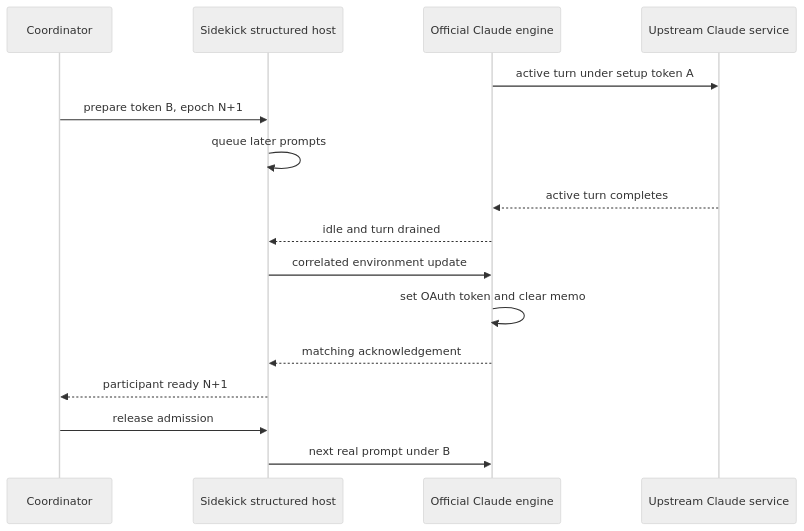
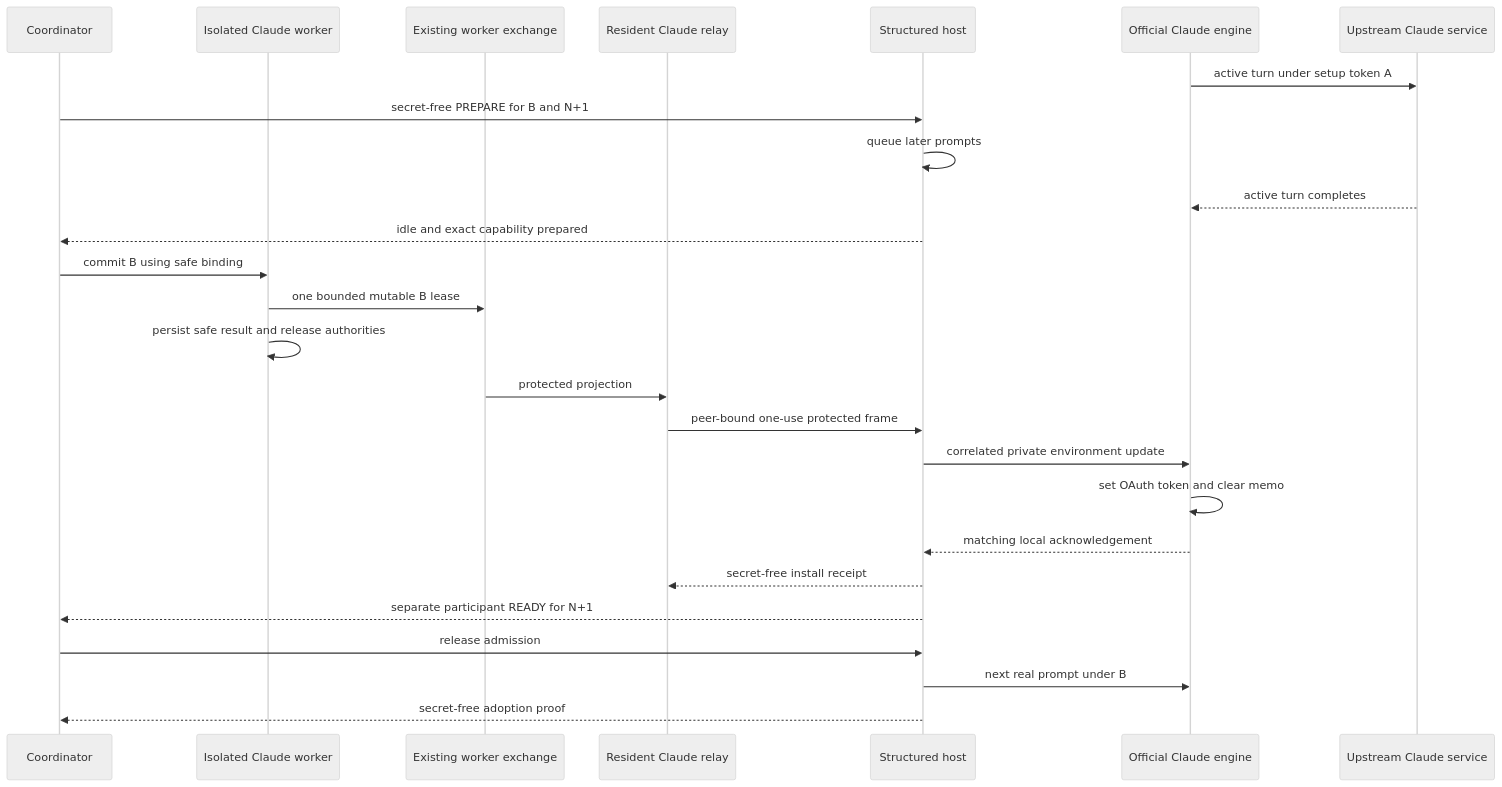
Before and after one commit to Sawmonabo/sidekick-usages: the ninth of 12 diagrams in docs/superpowers/specs/2026-08-01-hardened-global-account-selection-design.md, drawn with Mermaid (neutral theme). The commit also changed other lines of this file and 1 other file, not shown here.

Commit message:
docs(selection): gate Claude setup switching

````diff
--- a/docs/superpowers/specs/2026-08-01-hardened-global-account-selection-design.md
+++ b/docs/superpowers/specs/2026-08-01-hardened-global-account-selection-design.md
@@ -1323,19 +1373,29 @@
 ```mermaid
 sequenceDiagram
     participant C as Coordinator
-    participant H as Sidekick structured host
+    participant W as Isolated Claude worker
+    participant X as Existing worker exchange
+    participant R as Resident Claude relay
+    participant H as Structured host
     participant E as Official Claude engine
     participant U as Upstream Claude service
 
     E->>U: active turn under setup token A
-    C->>H: prepare token B, epoch N+1
+    C->>H: secret-free PREPARE for B and N+1
     H->>H: queue later prompts
     U-->>E: active turn completes
-    E-->>H: idle and turn drained
-    H->>E: correlated environment update
+    H-->>C: idle and exact capability prepared
+    C->>W: commit B using safe binding
+    W->>X: one bounded mutable B lease
+    W->>W: persist safe result and release authorities
+    X->>R: protected projection
+    R->>H: peer-bound one-use protected frame
+    H->>E: correlated private environment update
     E->>E: set OAuth token and clear memo
-    E-->>H: matching acknowledgement
-    H-->>C: participant ready N+1
+    E-->>H: matching local acknowledgement
+    H-->>R: secret-free install receipt
+    H-->>C: separate participant READY for N+1
     C->>H: release admission
     H->>E: next real prompt under B
+    H-->>C: secret-free adoption proof
 ```
````
